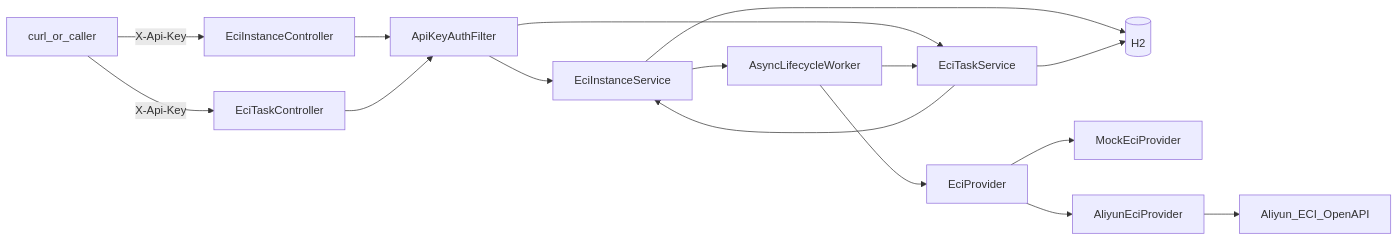
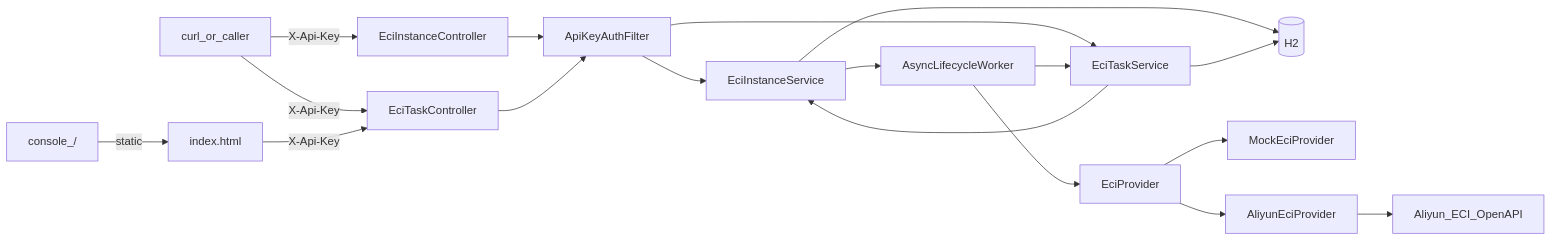
The diagram in eci-manager/AGENT_CONTEXT.md (XJI1234/XJICloud), drawn with Mermaid before and after one commit. The commit also changed other lines of this file and 24 other files, not shown here.

````diff
--- a/eci-manager/AGENT_CONTEXT.md
+++ b/eci-manager/AGENT_CONTEXT.md
@@ -104,18 +111,20 @@
 ```mermaid
 flowchart LR
+  Browser["console_/"] -->|"static"| Page["index.html"]
   Client["curl_or_caller"] -->|"X-Api-Key"| InstAPI["EciInstanceController"]
   Client -->|"X-Api-Key"| TaskAPI["EciTaskController"]
+  Page -->|"X-Api-Key"| TaskAPI
   InstAPI --> Filter["ApiKeyAuthFilter"]
   TaskAPI --> Filter
   Filter --> InstSvc["EciInstanceService"]
   Filter --> TaskSvc["EciTaskService"]
   TaskSvc --> InstSvc
   InstSvc --> DB[(H2)]
   TaskSvc --> DB
   InstSvc --> Worker["AsyncLifecycleWorker"]
   Worker --> Prov["EciProvider"]
   Worker --> TaskSvc
   Prov --> Mock["MockEciProvider"]
   Prov --> Aliyun["AliyunEciProvider"]
   Aliyun --> Cloud["Aliyun_ECI_OpenAPI"]
 ```
````
